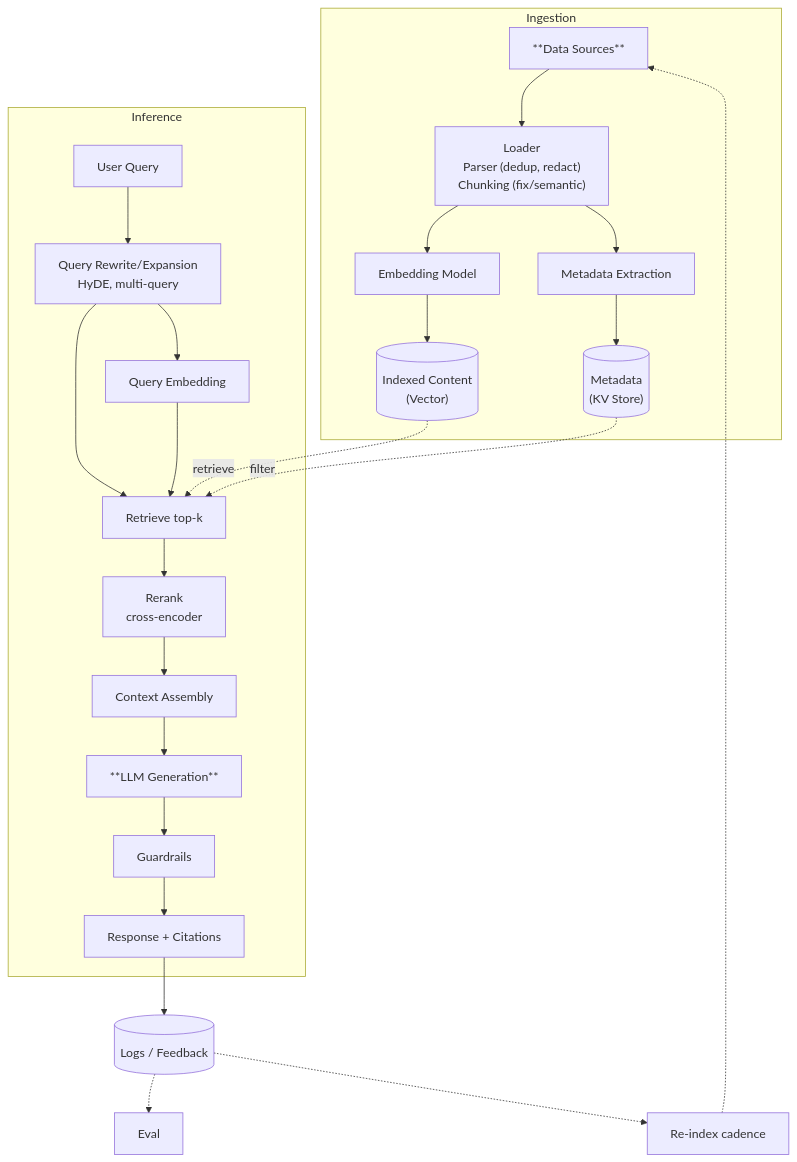
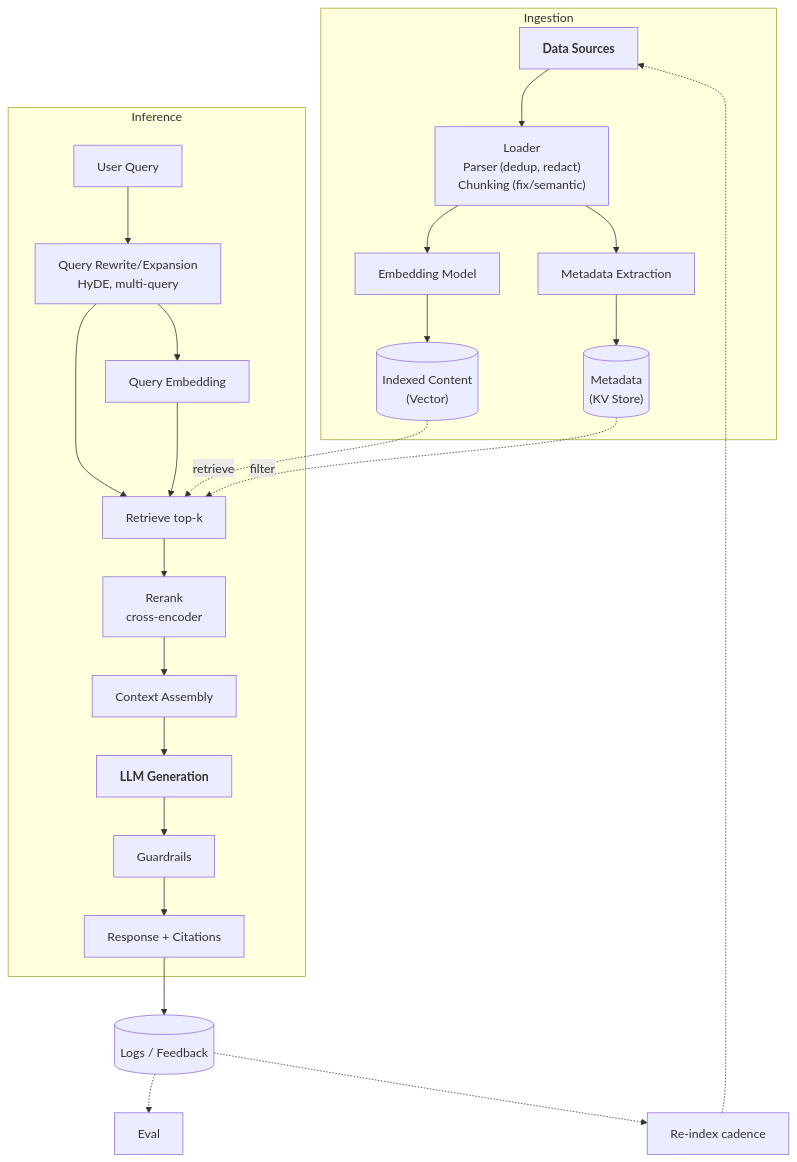
The seventh of 7 diagrams in ml_sys_design.md (ptbdnr/ptbdnr), drawn with Mermaid before and after one commit. The commit also changed other lines of this file, not shown here.

````diff
--- a/ml_sys_design.md
+++ b/ml_sys_design.md
@@ -331,40 +335,40 @@
 ```mermaid
 flowchart TD
     subgraph ingest["Ingestion"]
-        src[**Data Sources**]
+        src["`**Data Sources**`"]
         load["Loader<br>Parser (dedup, redact)<br>Chunking (fix/semantic)"]
         meta[Metadata Extraction]
         embed_i[Embedding Model]
         index[("Indexed Content<br>(Vector)")]
         mstore[("Metadata<br>(KV Store)")]
 
         src --> load
         load --> meta --> mstore
         load --> embed_i --> index
     end
 
     subgraph infer["Inference"]
         query[User Query]
         rewrite[Query Rewrite/Expansion<br/>HyDE, multi-query]
         embed_q[Query Embedding]
         retrieve[Retrieve top-k]
         rerank[Rerank<br/>cross-encoder]
         assemble[Context Assembly]
-        llm[**LLM Generation**]
+        llm["`**LLM Generation**`"]
         guard[Guardrails]
         resp[Response + Citations]
 
         query --> rewrite --> embed_q 
         rewrite --> retrieve
         embed_q --> retrieve
         retrieve --> rerank --> assemble --> llm --> guard --> resp
     end
 
     index -.retrieve.-> retrieve
     mstore -.filter.-> retrieve
 
     resp --> logs[(Logs / Feedback)]
     logs -.-> eval[Eval]
     logs -.-> refresh[Re-index cadence]
     refresh -.-> src
 ```
````
